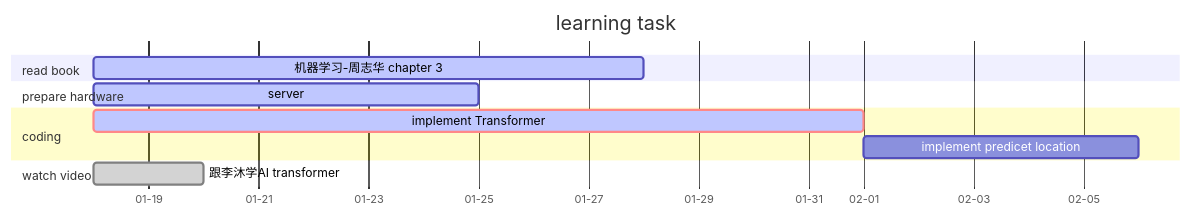
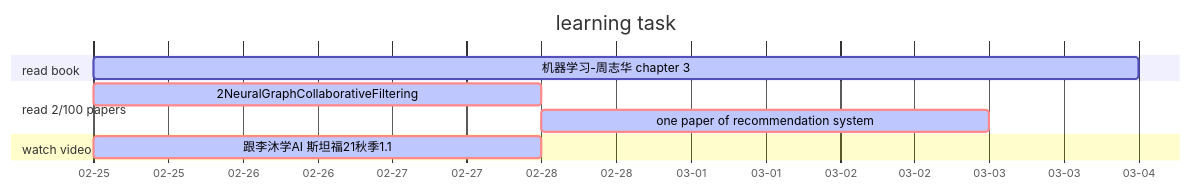
The diagram in README.md (youareeverysingleday/MachineLearningAssignments), drawn with Mermaid before and after one commit. The commit also changed other lines of this file and 4 other files, not shown here.

````diff
--- a/README.md
+++ b/README.md
@@ -123,20 +127,17 @@
 ```mermaid
 gantt
     title learning task
     dateFormat YYYY-MM-DD
     %% (`excludes` accepts specific dates in YYYY-MM-DD format, days of the week ("sunday") or "weekends", but not the word "weekdays".)
     axisFormat %m-%d
 
     section read book
-    机器学习-周志华 chapter 3 :active, r1, 2022-01-18, 10d
+    机器学习-周志华 chapter 3 :active, rb1, 2022-02-25, 7d
 
-    section prepare hardware
-    server: active, ph1, 2022-01-18,7d
-
-    section coding
-    implement Transformer :crit, active, c1, 2022-01-18 , 14d
-    implement predicet location: after c1,5d
+    section read 2/100 papers
+    2NeuralGraphCollaborativeFiltering :crit, active, rp1, 2022-02-25 , 3d
+    one paper of recommendation system :crit, active, after rp1, 3d
 
     section watch video
-    跟李沐学AI transformer:done, w1, 2022-01-18, 2d
+    跟李沐学AI 斯坦福21秋季1.1:crit, active, w1, 2022-02-25, 3d
 ```
````
